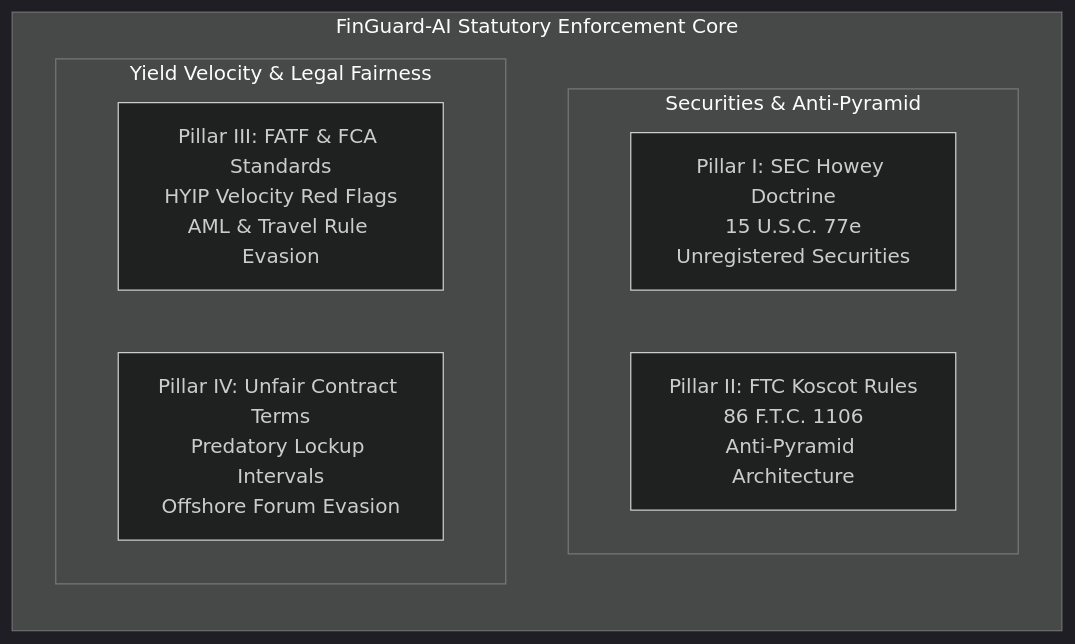
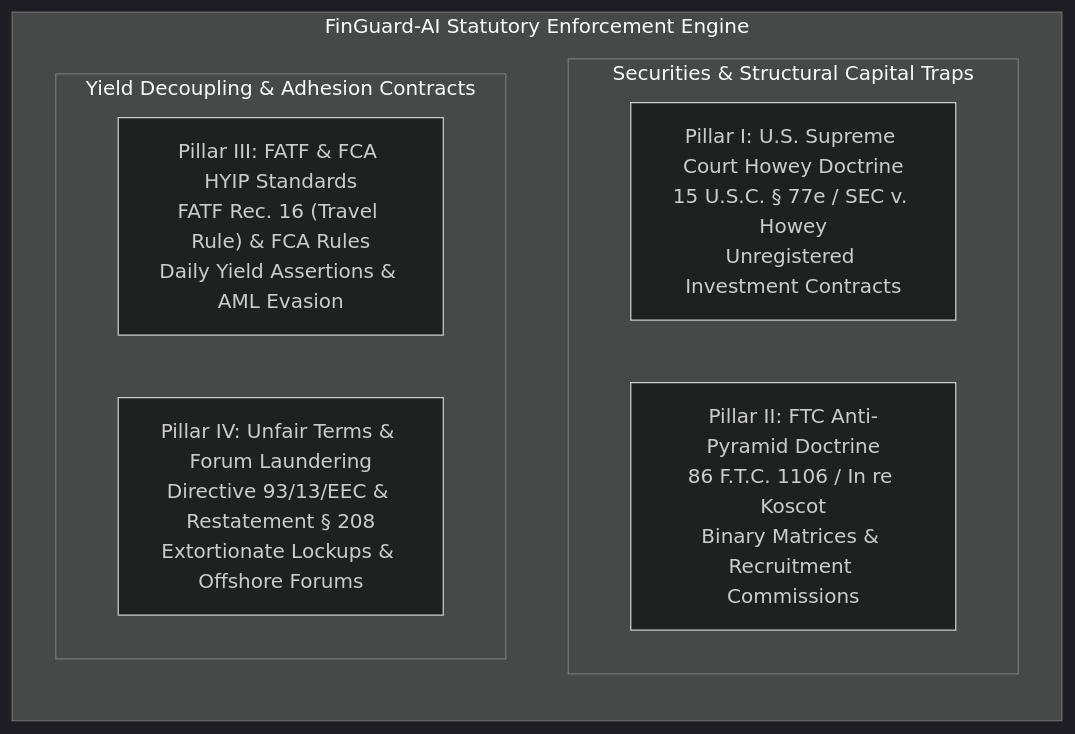
The first of 2 diagrams in README.md (nnn14092004-cyber/finguard-ai), drawn with Mermaid (dark theme) before and after one commit. The commit also changed other lines of this file and 1 other file, not shown here.

````diff
--- a/README.md
+++ b/README.md
@@ -28,14 +36,14 @@
 ```mermaid
 flowchart TD
-    subgraph Framework ["FinGuard-AI Statutory Enforcement Core"]
+    subgraph Core ["FinGuard-AI Statutory Enforcement Engine"]
         direction TB
-        subgraph Col1 ["Securities & Anti-Pyramid"]
-            P1["Pillar I: SEC Howey Doctrine<br/>15 U.S.C. 77e<br/>Unregistered Securities"]
-            P2["Pillar II: FTC Koscot Rules<br/>86 F.T.C. 1106<br/>Anti-Pyramid Architecture"]
+        subgraph Col1 ["Securities & Structural Capital Traps"]
+            P1["Pillar I: U.S. Supreme Court Howey Doctrine<br/>15 U.S.C. § 77e / SEC v. Howey<br/>Unregistered Investment Contracts"]
+            P2["Pillar II: FTC Anti-Pyramid Doctrine<br/>86 F.T.C. 1106 / In re Koscot<br/>Binary Matrices & Recruitment Commissions"]
         end
-        subgraph Col2 ["Yield Velocity & Legal Fairness"]
-            P3["Pillar III: FATF & FCA Standards<br/>HYIP Velocity Red Flags<br/>AML & Travel Rule Evasion"]
-            P4["Pillar IV: Unfair Contract Terms<br/>Predatory Lockup Intervals<br/>Offshore Forum Evasion"]
+        subgraph Col2 ["Yield Decoupling & Adhesion Contracts"]
+            P3["Pillar III: FATF & FCA HYIP Standards<br/>FATF Rec. 16 (Travel Rule) & FCA Rules<br/>Daily Yield Assertions & AML Evasion"]
+            P4["Pillar IV: Unfair Terms & Forum Laundering<br/>Directive 93/13/EEC & Restatement § 208<br/>Extortionate Lockups & Offshore Forums"]
         end
     end
 ```
````
